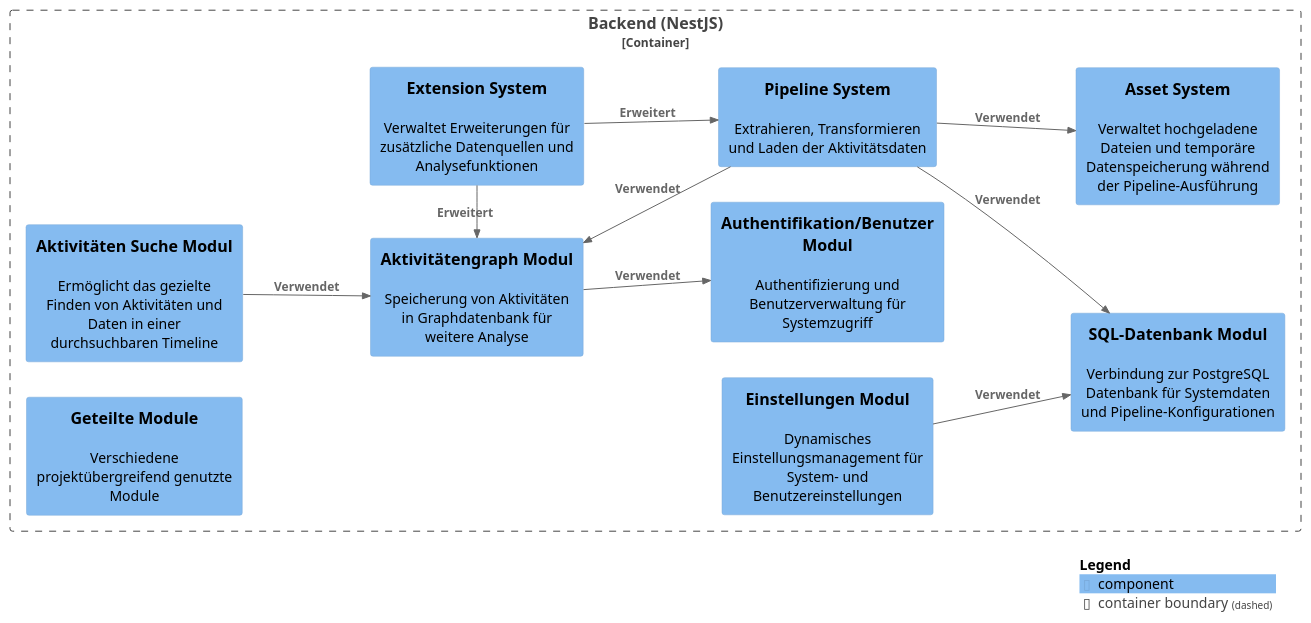
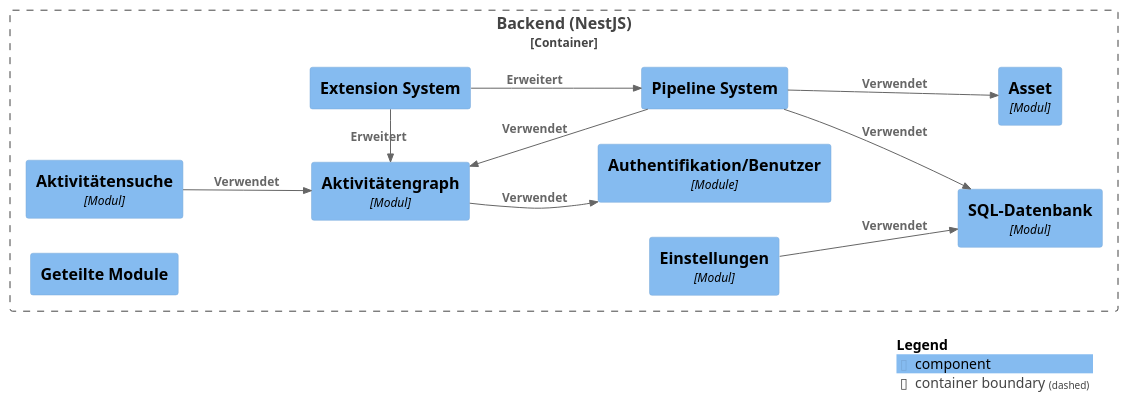
One commit to bytebunker-org/bytebunker changed the diagram in planning/diagrams/component-diagram.puml. Above: the diagram before and after it, drawn with PlantUML. The commit also changed 17 other files, not shown here.

Commit message:
feat: update packages, planning uml changes

```diff
--- a/planning/diagrams/component-diagram.puml
+++ b/planning/diagrams/component-diagram.puml
@@ -1,35 +1,35 @@
 @startuml
 !include https://raw.githubusercontent.com/plantuml-stdlib/C4-PlantUML/master/C4_Component.puml
 
 LAYOUT_LANDSCAPE()
 
 Container_Boundary(backend, "Backend (NestJS)") {
-    Component(pipelineSystem, "Pipeline System", "", "Extrahieren, Transformieren und Laden der Aktivitätsdaten")
-    Component(assetSystem, "Asset System", "", "Verwaltet hochgeladene Dateien und temporäre Datenspeicherung während der Pipeline-Ausführung")
+    Component(pipelineSystem, "Pipeline System", "", "")
+    Component(assetModule, "Asset", "Modul", "")
 
-    Component(activityGraphModule, "Aktivitätengraph Modul", "", "Speicherung von Aktivitäten in Graphdatenbank für weitere Analyse")
-    Component(activitySearchModule, "Aktivitäten Suche Modul", "", "Ermöglicht das gezielte Finden von Aktivitäten und Daten in einer durchsuchbaren Timeline")
+    Component(activityGraphModule, "Aktivitätengraph", "Modul", "")
+    Component(activitySearchModule, "Aktivitätensuche", "Modul", "")
 
-    Component(databaseModule, "SQL-Datenbank Modul", "", "Verbindung zur PostgreSQL Datenbank für Systemdaten und Pipeline-Konfigurationen")
-    Component(authUserModule, "Authentifikation/Benutzer Modul", "", "Authentifizierung und Benutzerverwaltung für Systemzugriff")
+    Component(databaseModule, "SQL-Datenbank", "Modul", "")
+    Component(authUserModule, "Authentifikation/Benutzer", "Module", "")
 
-    Component(extensionSystem, "Extension System", "", "Verwaltet Erweiterungen für zusätzliche Datenquellen und Analysefunktionen")
-    Component(settingsModule, "Einstellungen Modul", "", "Dynamisches Einstellungsmanagement für System- und Benutzereinstellungen")
+    Component(extensionSystem, "Extension System", "", "")
+    Component(settingsModule, "Einstellungen", "Modul", "")
 
-    Component(sharedModules, "Geteilte Module", "", "Verschiedene projektübergreifend genutzte Module")
+    Component(sharedModules, "Geteilte Module", "", "")
 
     Rel(pipelineSystem, activityGraphModule, "Verwendet")
-    Rel(pipelineSystem, assetSystem, "Verwendet")
+    Rel(pipelineSystem, assetModule, "Verwendet")
     Rel(pipelineSystem, databaseModule, "Verwendet")
 
     Rel(activitySearchModule, activityGraphModule, "Verwendet")
 
     Rel(extensionSystem, pipelineSystem, "Erweitert")
     Rel_U(extensionSystem, activityGraphModule, "Erweitert")
 
     Rel(settingsModule, databaseModule, "Verwendet")
     Rel(activityGraphModule, authUserModule, "Verwendet")
 }
 
 SHOW_LEGEND()
 @enduml
```
